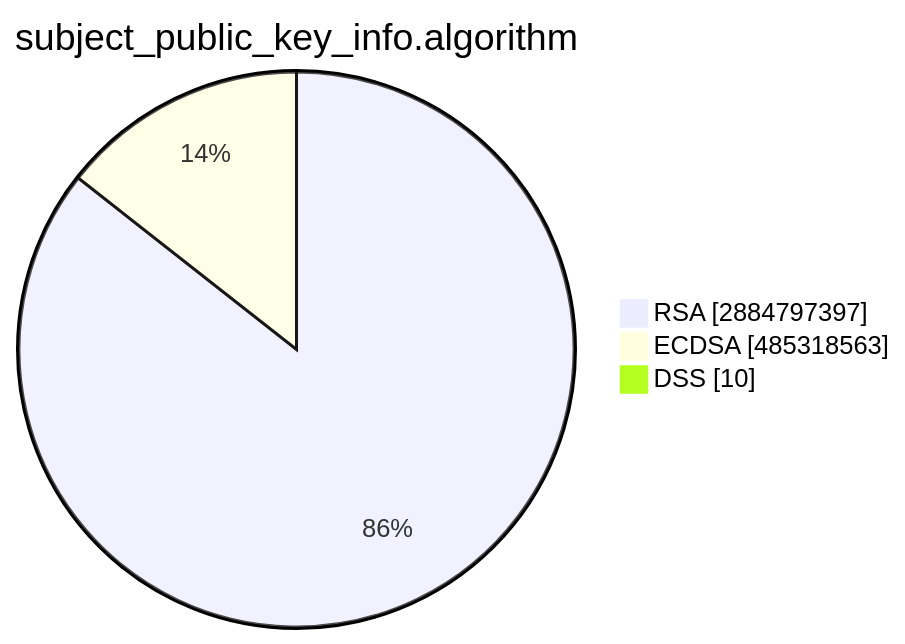
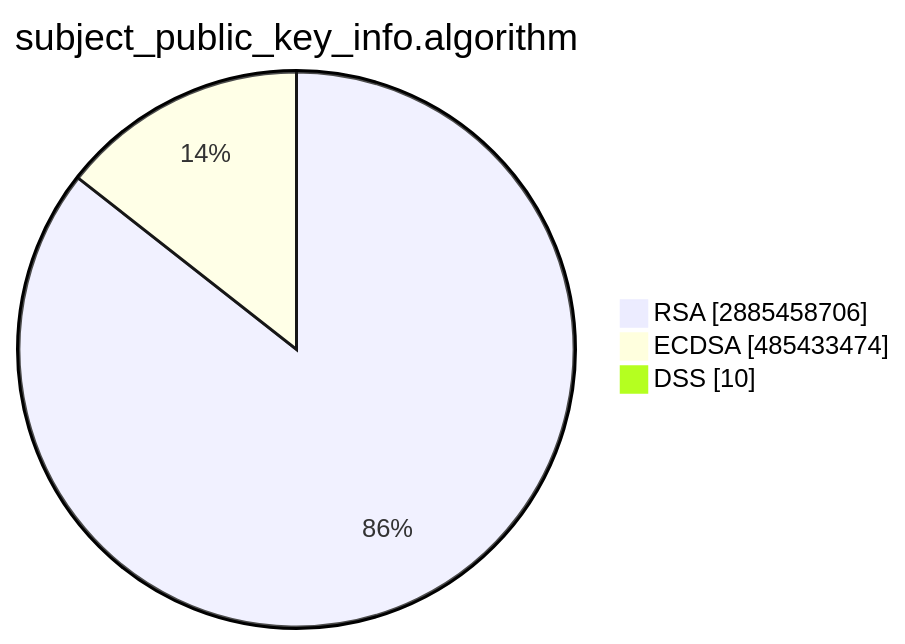
Before and after one commit to christiankrug/ctmonitor_visualization: the second of 15 diagrams in TOTAL/README.md, drawn with Mermaid. The commit also changed other lines of this file, not shown here.

````diff
--- a/TOTAL/README.md
+++ b/TOTAL/README.md
@@ -6,7 +6,7 @@
 ```mermaid
 pie showData
 title subject_public_key_info.algorithm
-"RSA" :2884797397
-"ECDSA" :485318563
+"RSA" :2885458706
+"ECDSA" :485433474
 "DSS" :10
 ```
````
